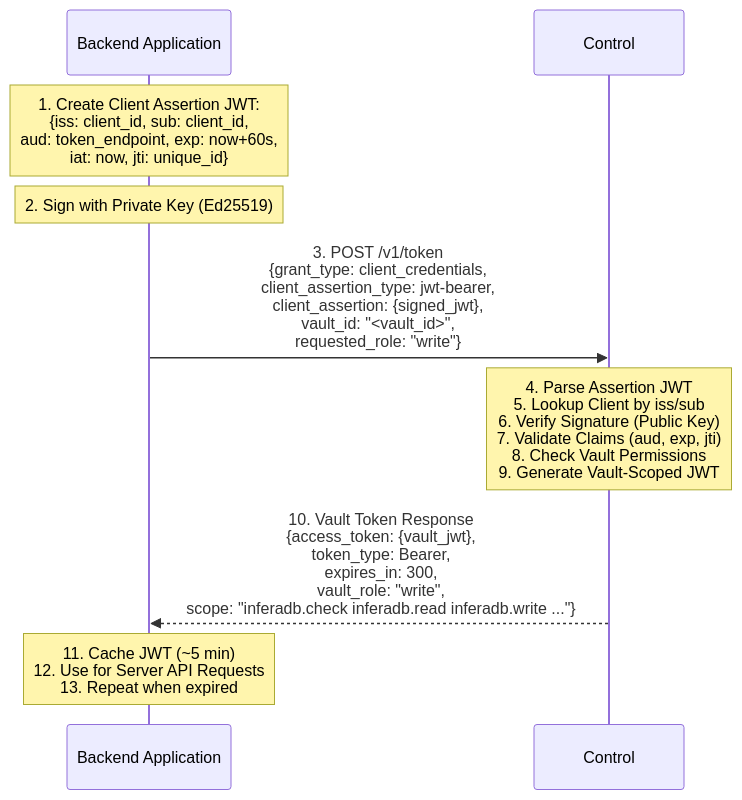
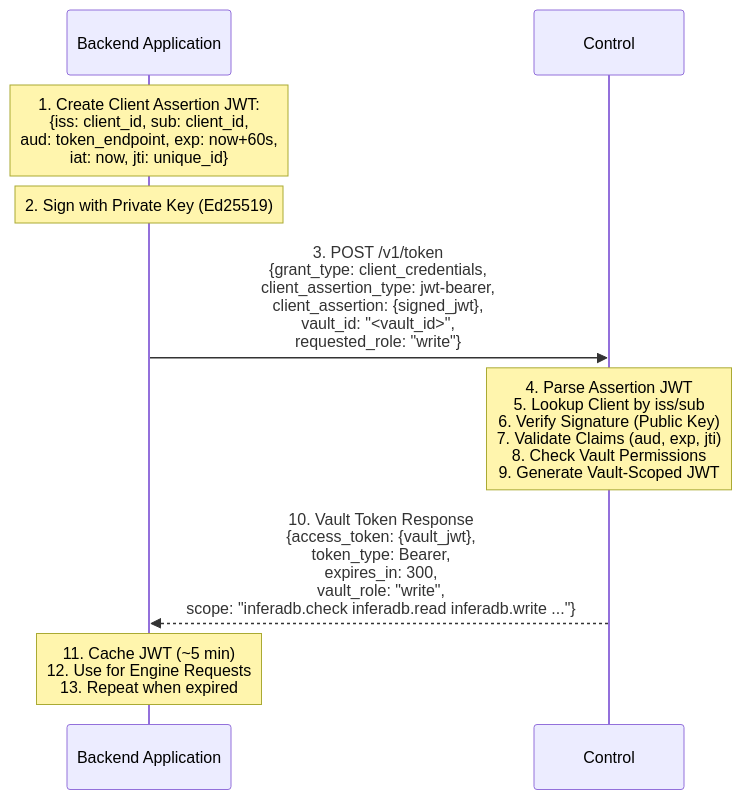
Before and after one commit to inferadb/management: the fourth of 8 diagrams in docs/authentication.md, drawn with Mermaid. The commit also changed other lines of this file and 28 other files, not shown here.

````diff
--- a/docs/authentication.md
+++ b/docs/authentication.md
@@ -451,17 +452,17 @@
 ```mermaid
 sequenceDiagram
     participant Backend as Backend Application
     participant MgmtAPI as Control
 
     Note over Backend: 1. Create Client Assertion JWT:<br/>{iss: client_id, sub: client_id,<br/>aud: token_endpoint, exp: now+60s,<br/>iat: now, jti: unique_id}
 
     Note over Backend: 2. Sign with Private Key (Ed25519)
 
     Backend->>MgmtAPI: 3. POST /v1/token<br/>{grant_type: client_credentials,<br/>client_assertion_type: jwt-bearer,<br/>client_assertion: {signed_jwt},<br/>vault_id: "<vault_id>",<br/>requested_role: "write"}
 
     Note over MgmtAPI: 4. Parse Assertion JWT<br/>5. Lookup Client by iss/sub<br/>6. Verify Signature (Public Key)<br/>7. Validate Claims (aud, exp, jti)<br/>8. Check Vault Permissions<br/>9. Generate Vault-Scoped JWT
 
     MgmtAPI-->>Backend: 10. Vault Token Response<br/>{access_token: {vault_jwt},<br/>token_type: Bearer,<br/>expires_in: 300,<br/>vault_role: "write",<br/>scope: "inferadb.check inferadb.read inferadb.write ..."}
 
-    Note over Backend: 11. Cache JWT (~5 min)<br/>12. Use for Server API Requests<br/>13. Repeat when expired
+    Note over Backend: 11. Cache JWT (~5 min)<br/>12. Use for Engine Requests<br/>13. Repeat when expired
 ```
````
